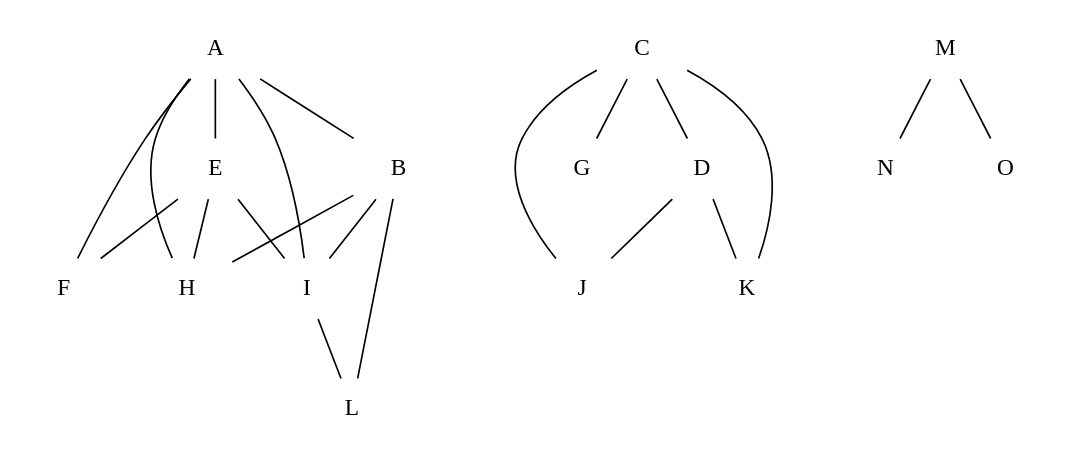
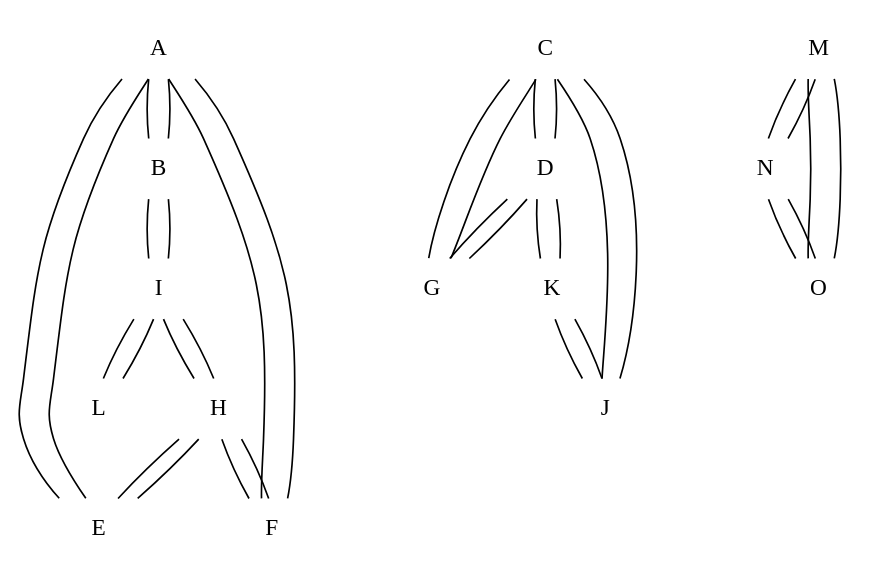
Before and after one commit to ljuglaret/Graphes: the diagram in src/visuel/input2.dot, drawn with Graphviz. The commit also changed 6 other files, not shown here.

```diff
--- a/src/visuel/input2.dot
+++ b/src/visuel/input2.dot
@@ -1,23 +1,37 @@
 graph mygraph{
  node [shape=plaintext]
 A--B
 A--E
 A--F
-A--H
-A--I
-B--H
+B--A
 B--I
-B--L
 C--D
 C--G
 C--J
-C--K
-D--J
+D--C
+D--G
 D--K
-E--F
+E--A
 E--H
-E--I
+F--A
+F--H
+G--C
+G--D
+H--E
+H--F
+H--I
+I--B
+I--H
 I--L
+J--C
+J--K
+K--D
+K--J
+L--I
 M--N
 M--O
+N--M
+N--O
+O--M
+O--N
 }
```
